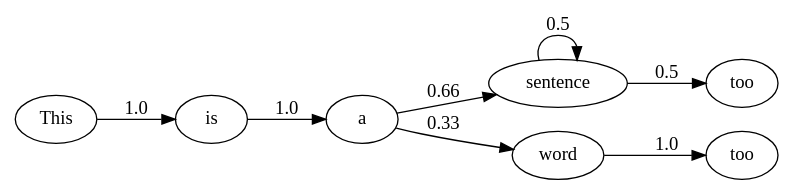
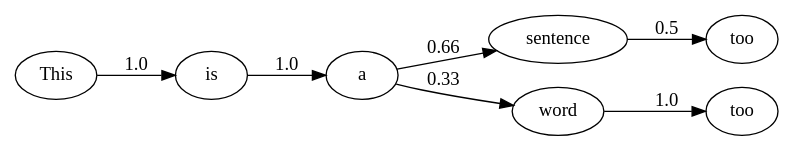
The diagram in FakeSentences/simpleTreeProb.dot (BrentWilkins/FakeSentences), drawn with Graphviz before and after one commit. The commit also changed 2 other files, not shown here.

Commit message:
Removed loop in probability graph

```diff
--- a/FakeSentences/simpleTreeProb.dot
+++ b/FakeSentences/simpleTreeProb.dot
@@ -1,21 +1,20 @@
 digraph G {
   rankdir=LR;
 
   This -> is [ label = "1.0" ];
   is -> a [ label = "1.0" ];
   a -> sentence [ label = "0.66" ];
   a -> word [ label = "0.33" ];
   too1 [label = "too"];
   too2 [label = "too"];
 
   word -> too1 [ label = "1.0" ];
-  sentence -> sentence [ label = "0.5" ];
   sentence -> too2 [ label = "0.5" ];
   
 }
 
 /*
 This is a sentence.
 This is a sentence too.
 This is a word too.
 */
```
